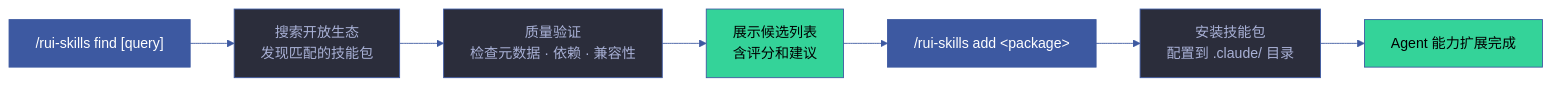
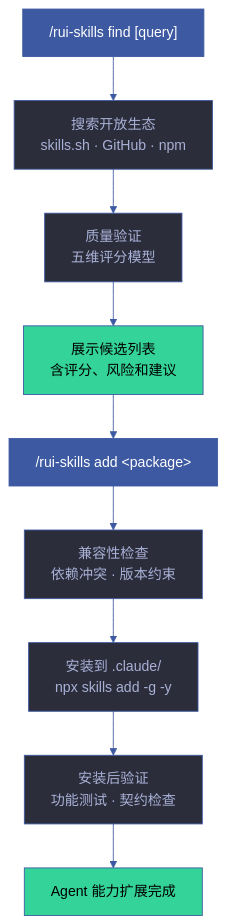
Before and after one commit to effiy/YrY: the first of 2 diagrams in skills/rui-skills/SKILL.md, drawn with Mermaid. The commit also changed other lines of this file and 1028 other files, not shown here.

````diff
--- a/skills/rui-skills/SKILL.md
+++ b/skills/rui-skills/SKILL.md
@@ -16,22 +20,25 @@
 ```mermaid
 %%{init: {'theme': 'base', 'themeVariables': {
   'primaryColor': '#1e1f2b',
   'primaryTextColor': '#a9b1d6',
   'primaryBorderColor': '#3d59a1',
   'lineColor': '#3d59a1',
   'secondaryColor': '#2b2d3b',
   'tertiaryColor': '#21232f'
 }}}%%
-flowchart LR
-    FIND["/rui-skills find [query]"]:::entry --> SEARCH["搜索开放生态<br/>发现匹配的技能包"]:::op
-    SEARCH --> REVIEW["质量验证<br/>检查元数据 · 依赖 · 兼容性"]:::op
-    REVIEW --> LIST["展示候选列表<br/>含评分和建议"]:::out
+flowchart TB
+    FIND["/rui-skills find [query]"]:::entry --> SEARCH["搜索开放生态<br/>skills.sh · GitHub · npm"]:::op
+    SEARCH --> VERIFY["质量验证<br/>五维评分模型"]:::op
+    VERIFY --> LIST["展示候选列表<br/>含评分、风险和建议"]:::out
+
     LIST --> ADD["/rui-skills add &lt;package&gt;"]:::entry
-    ADD --> INSTALL["安装技能包<br/>配置到 .claude/ 目录"]:::op
-    INSTALL --> DONE["Agent 能力扩展完成"]:::done
+    ADD --> CHECK["兼容性检查<br/>依赖冲突 · 版本约束"]:::op
+    CHECK --> INSTALL["安装到 .claude/<br/>npx skills add -g -y"]:::op
+    INSTALL --> VALIDATE["安装后验证<br/>功能测试 · 契约检查"]:::op
+    VALIDATE --> DONE["Agent 能力扩展完成"]:::done
 
     classDef entry fill:#3d59a1,color:#fff
     classDef op fill:#2b2d3b,stroke:#3d59a1,color:#a9b1d6
     classDef out fill:#34d399,color:#000
     classDef done fill:#34d399,color:#000
 ```
````
